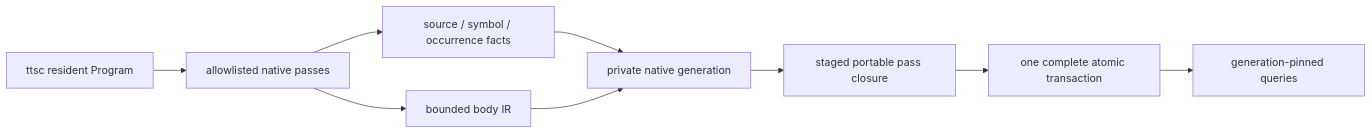
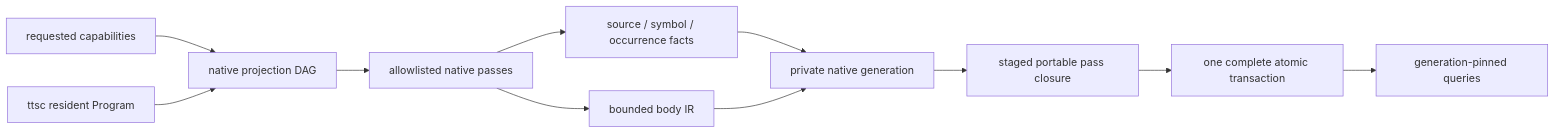
One commit to astrale-os/exp-codegraph changed the diagram in analysis/typescript/.spec/architecture.md. Above: the diagram before and after it, drawn with Mermaid. The commit also changed other lines of this file and 13 other files, not shown here.

````diff
--- a/analysis/typescript/.spec/architecture.md
+++ b/analysis/typescript/.spec/architecture.md
@@ -13,11 +13,13 @@
 ```mermaid
 flowchart LR
-  C[ttsc resident Program] --> N[allowlisted native passes]
+  R[requested capabilities] --> D[native projection DAG]
+  C[ttsc resident Program] --> D
+  D --> N[allowlisted native passes]
   N --> S[source / symbol / occurrence facts]
   N --> B[bounded body IR]
   S --> T[private native generation]
   B --> T
   T --> P[staged portable pass closure]
   P --> A[one complete atomic transaction]
   A --> Q[generation-pinned queries]
 ```
````
